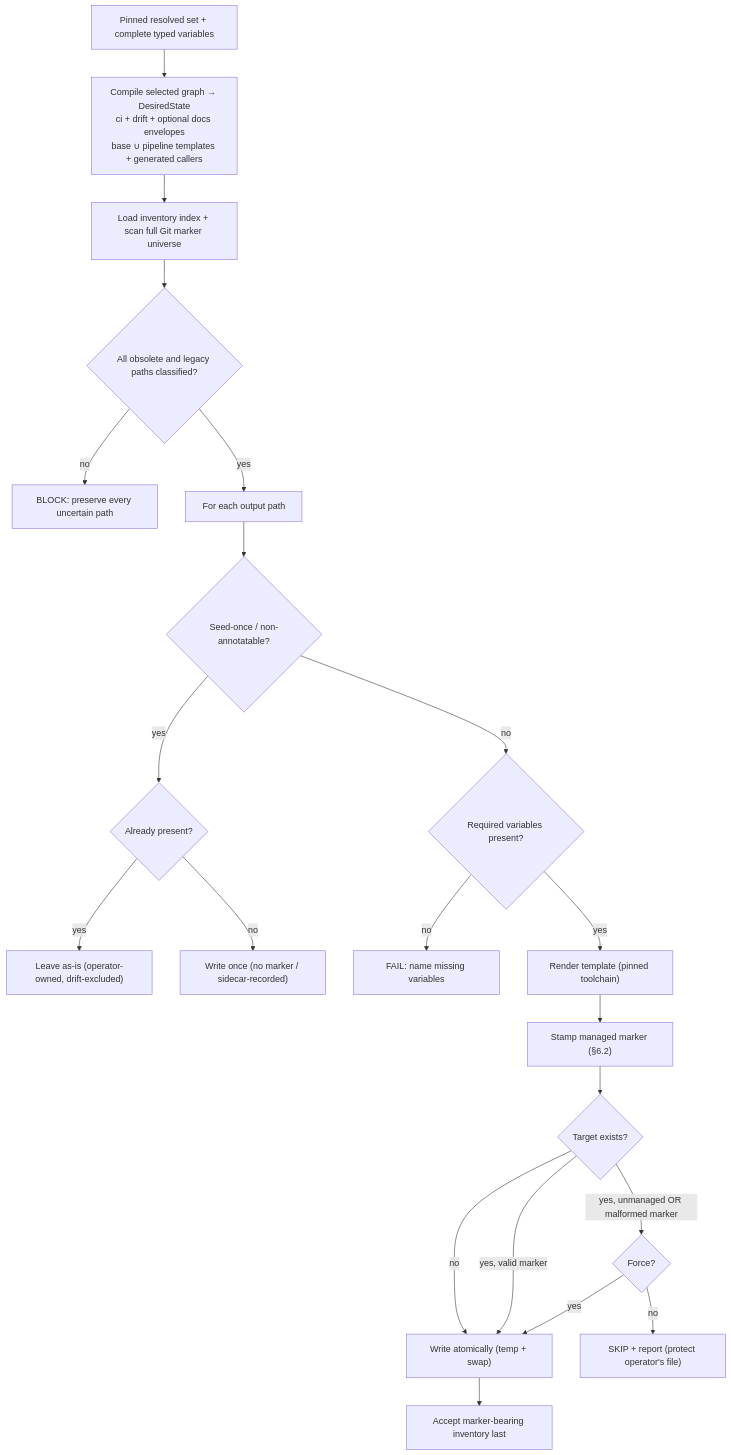
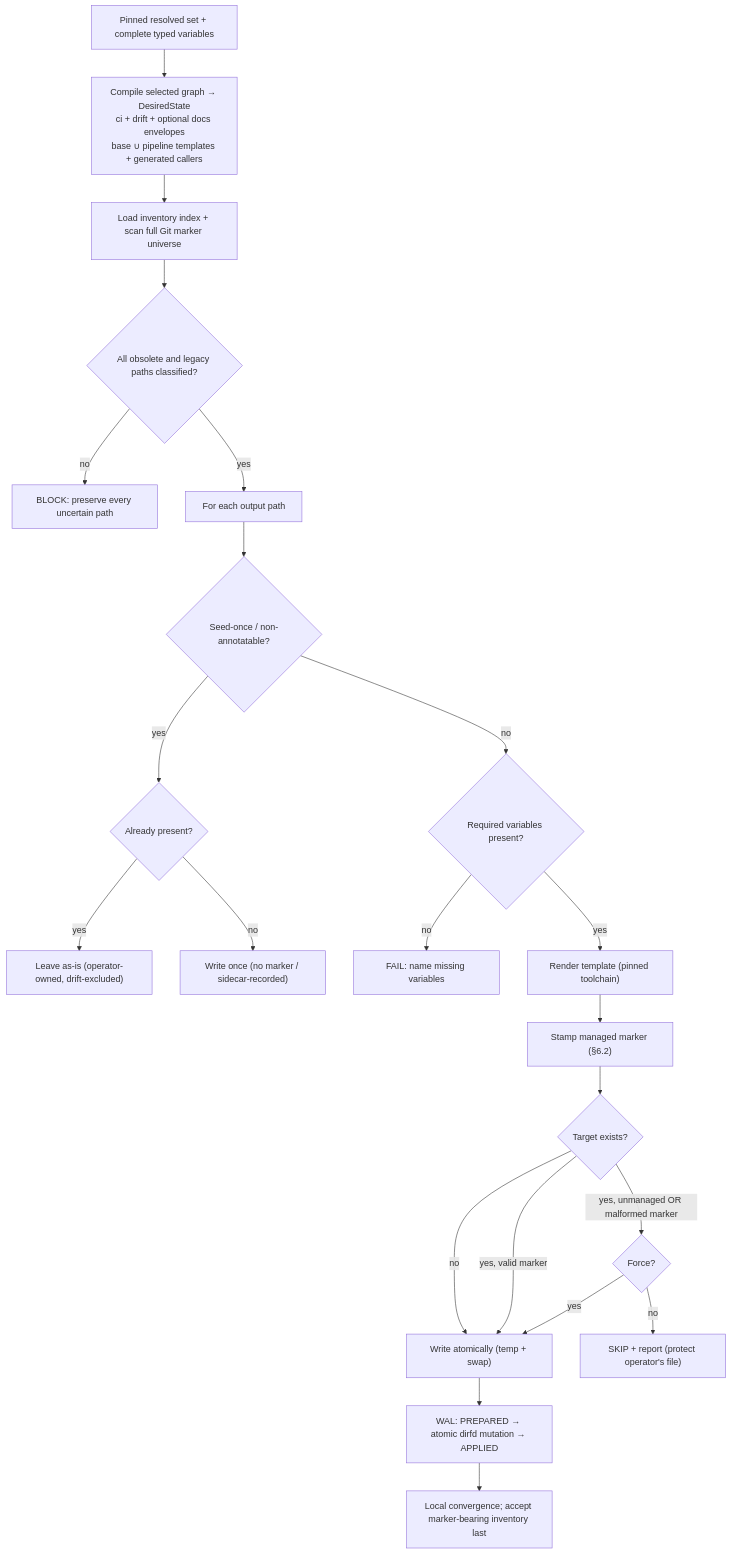
Before and after one commit to amattas/aviato: the diagram in docs/specifications/modules/scaffolding/sync.md, drawn with Mermaid. The commit also changed other lines of this file and 11 other files, not shown here.

````diff
--- a/docs/specifications/modules/scaffolding/sync.md
+++ b/docs/specifications/modules/scaffolding/sync.md
@@ -56,23 +75,24 @@
 ```mermaid
 flowchart TD
     A["Pinned resolved set + complete typed variables"] --> B["Compile selected graph → DesiredState<br/>ci + drift + optional docs envelopes<br/>base ∪ pipeline templates + generated callers"]
     B --> U["Load inventory index + scan full Git marker universe"]
     U --> R{"All obsolete and legacy paths classified?"}
     R -- no --> Block["BLOCK: preserve every uncertain path"]
     R -- yes --> C["For each output path"]
     C --> S0{"Seed-once / non-annotatable?"}
     S0 -- yes --> S1{"Already present?"}
     S1 -- yes --> Skip2["Leave as-is (operator-owned, drift-excluded)"]
     S1 -- no --> Seed["Write once (no marker / sidecar-recorded)"]
     S0 -- no --> D{"Required variables present?"}
     D -- no --> Dfail["FAIL: name missing variables"]
     D -- yes --> E["Render template (pinned toolchain)"]
     E --> F["Stamp managed marker (§6.2)"]
     F --> G{"Target exists?"}
     G -- "no" --> W["Write atomically (temp + swap)"]
     G -- "yes, valid marker" --> W
     G -- "yes, unmanaged OR malformed marker" --> Sforce{"Force?"}
     Sforce -- no --> Skip["SKIP + report (protect operator's file)"]
     Sforce -- yes --> W
-    W --> I["Accept marker-bearing inventory last"]
+    W --> P["WAL: PREPARED → atomic dirfd mutation → APPLIED"]
+    P --> I["Local convergence; accept marker-bearing inventory last"]
 ```
````
